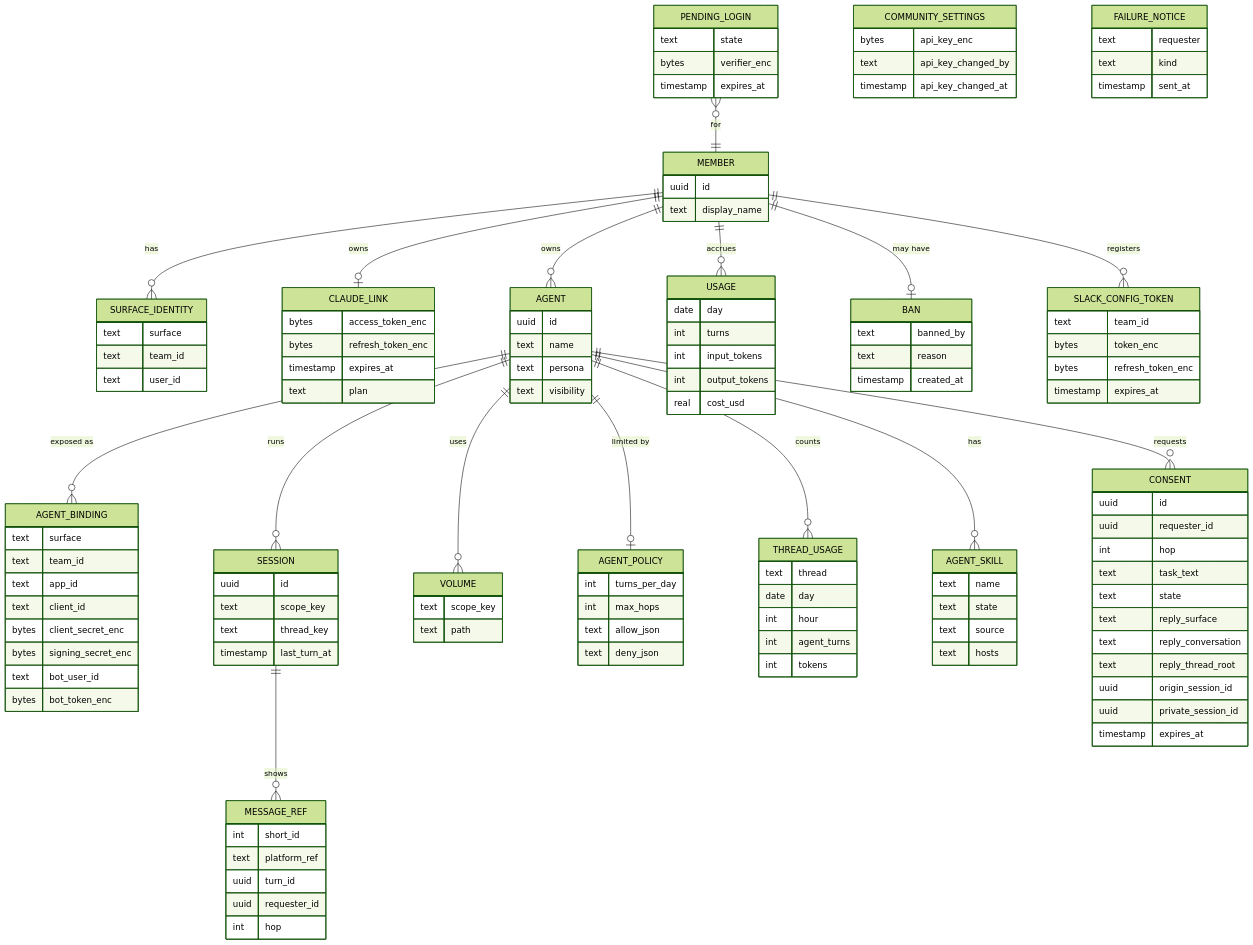
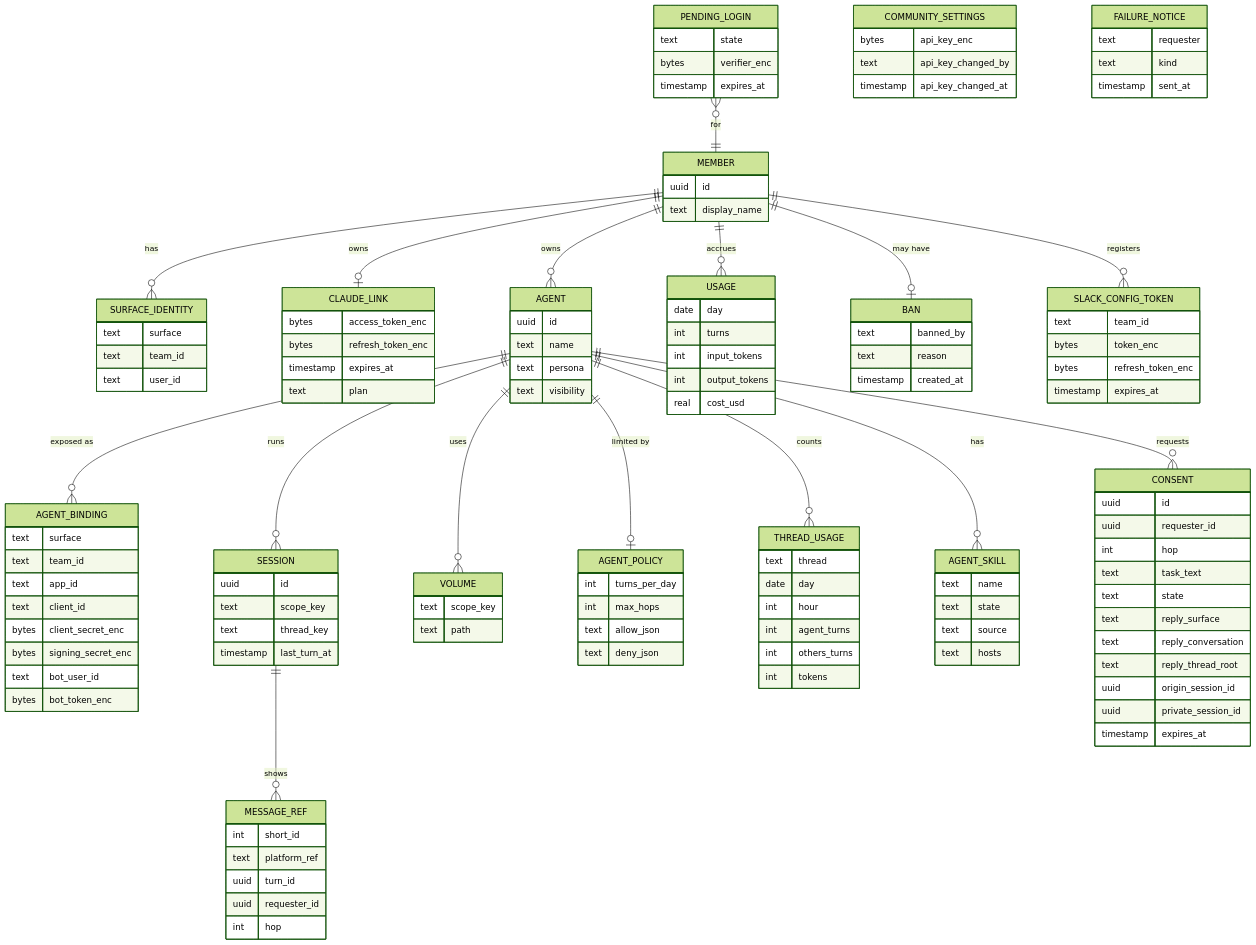
One commit to agentsky/agent-core changed the seventh of 7 diagrams in docs/design.md. Above: the diagram before and after it, drawn with Mermaid (forest theme). The commit also changed 9 other files, not shown here.

First line of the commit message:
Count only others' turns toward an agent's daily cap

```diff
--- a/docs/design.md
+++ b/docs/design.md
@@ -762,6 +762,7 @@
         date day
         int hour
         int agent_turns
+        int others_turns
         int tokens
     }
     BAN {
```
